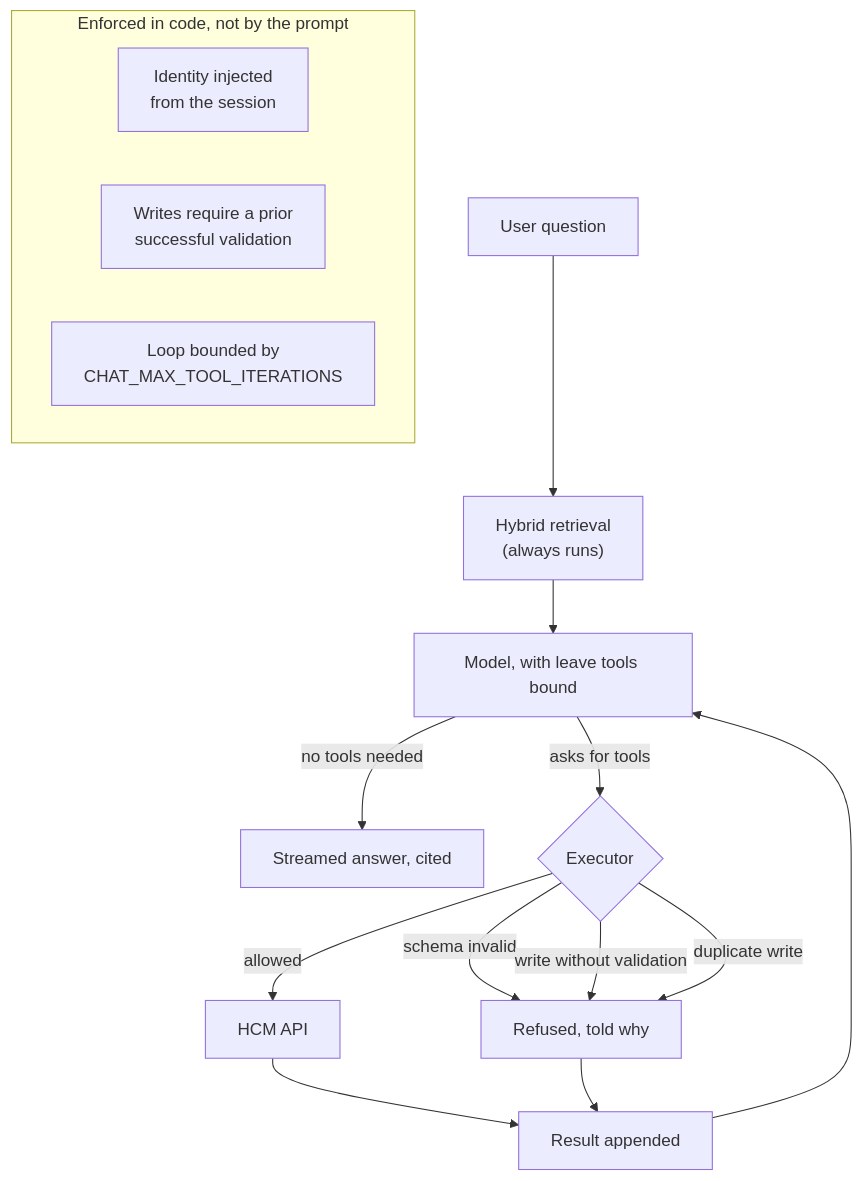
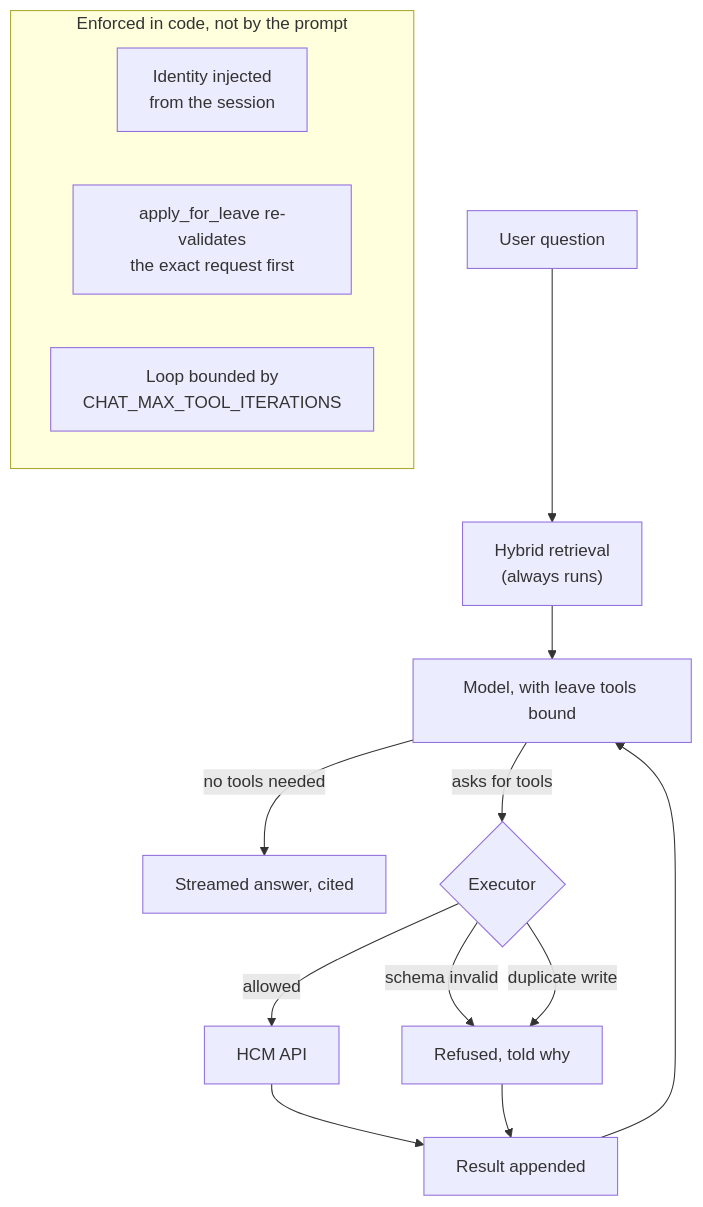
The sixth of 6 diagrams in README.md (usmanzee/Docs_Revisions_RAG), drawn with Mermaid before and after one commit. The commit also changed other lines of this file and 6 other files, not shown here.

````diff
--- a/README.md
+++ b/README.md
@@ -890,24 +890,23 @@
 ```mermaid
 flowchart TB
     Q["User question"] --> R["Hybrid retrieval<br/>(always runs)"]
     R --> M["Model, with leave tools bound"]
 
     M -->|no tools needed| A["Streamed answer, cited"]
     M -->|asks for tools| G{"Executor"}
 
     G -->|schema invalid| REJ["Refused, told why"]
-    G -->|write without validation| REJ
     G -->|duplicate write| REJ
     G -->|allowed| T["HCM API"]
 
     T --> RES["Result appended"]
     REJ --> RES
     RES --> M
 
     subgraph guards["Enforced in code, not by the prompt"]
         direction LR
         I["Identity injected<br/>from the session"]
-        W["Writes require a prior<br/>successful validation"]
+        W["apply_for_leave re-validates<br/>the exact request first"]
         L["Loop bounded by<br/>CHAT_MAX_TOOL_ITERATIONS"]
     end
 ```
````
